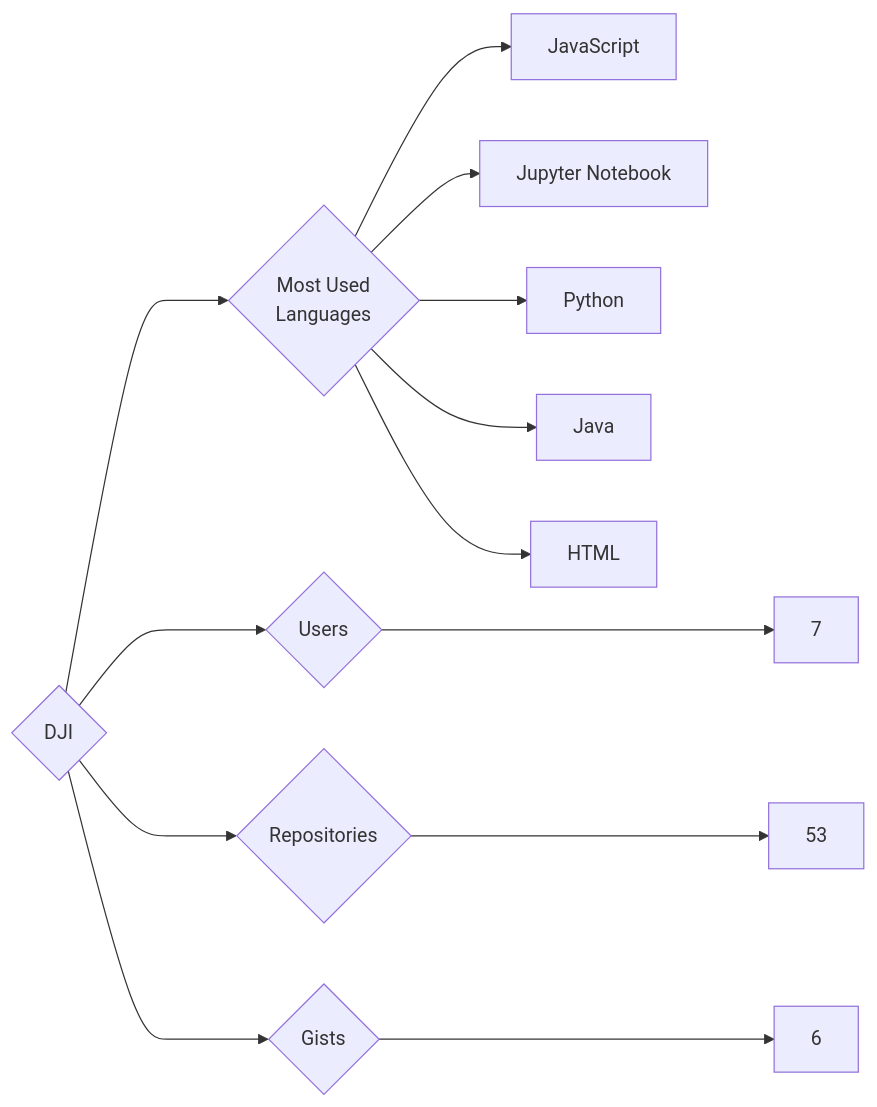
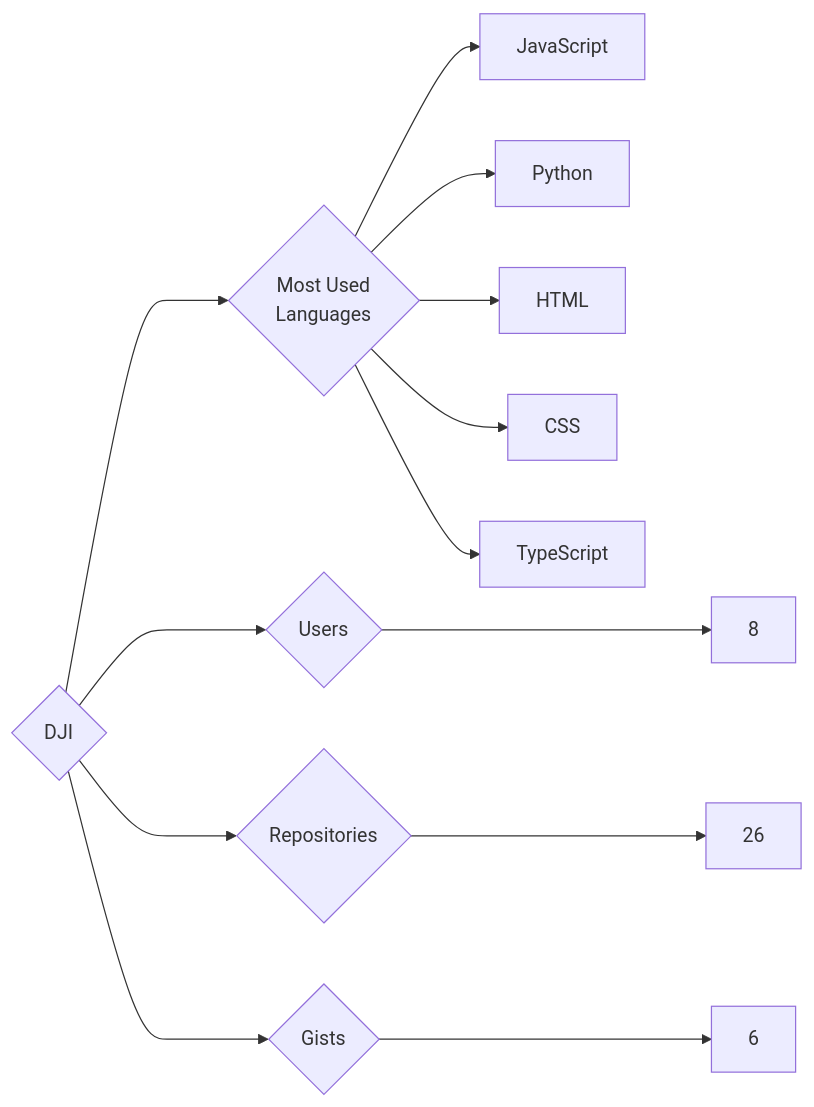
The diagram in targets/DJI/README.md (trickest/insiders), drawn with Mermaid before and after one commit. The commit also changed 933 other files, not shown here.

````diff
--- a/targets/DJI/README.md
+++ b/targets/DJI/README.md
@@ -3,13 +3,13 @@
 ```mermaid
 graph LR
 COMPANY_NAME{DJI}
-COMPANY_NAME ---> U{Users} ---> UN[7]
-COMPANY_NAME ---> R{Repositories} ---> RN[53]
+COMPANY_NAME ---> U{Users} ---> UN[8]
+COMPANY_NAME ---> R{Repositories} ---> RN[26]
 COMPANY_NAME ---> G{Gists} ---> GN[6]
 COMPANY_NAME ---> ML{Most Used<br>Languages}
 ML --> JavaScript[JavaScript]
-ML --> Jupyter_Notebook[Jupyter Notebook]
 ML --> Python[Python]
-ML --> Java[Java]
 ML --> HTML[HTML]
+ML --> CSS[CSS]
+ML --> TypeScript[TypeScript]
 ```
````
